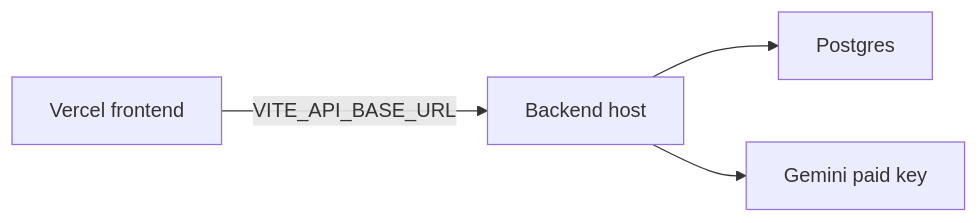
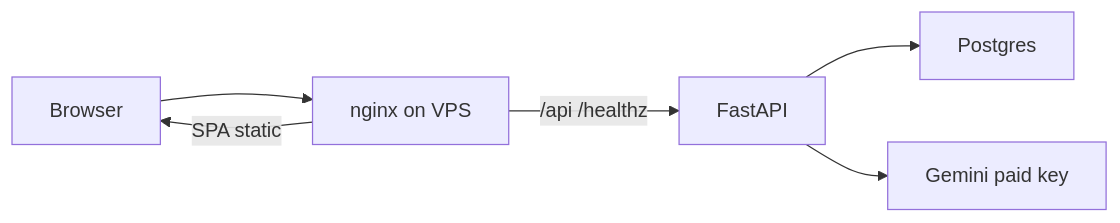
The diagram in docx/PLAN_Faza3.md (Gaipov5791/notmice-app), drawn with Mermaid before and after one commit. The commit also changed other lines of this file and 7 other files, not shown here.

````diff
--- a/docx/PLAN_Faza3.md
+++ b/docx/PLAN_Faza3.md
@@ -25,10 +25,13 @@
 ```mermaid
 flowchart LR
-  vercel[Vercel frontend]
-  vps[Backend host]
+  browser[Browser]
+  nginx[nginx on VPS]
+  api[FastAPI]
   pg[Postgres]
   gemini[Gemini paid key]
-  vercel -->|"VITE_API_BASE_URL"| vps
-  vps --> pg
-  vps --> gemini
+  browser --> nginx
+  nginx -->|SPA static| browser
+  nginx -->|"/api /healthz"| api
+  api --> pg
+  api --> gemini
 ```
````
